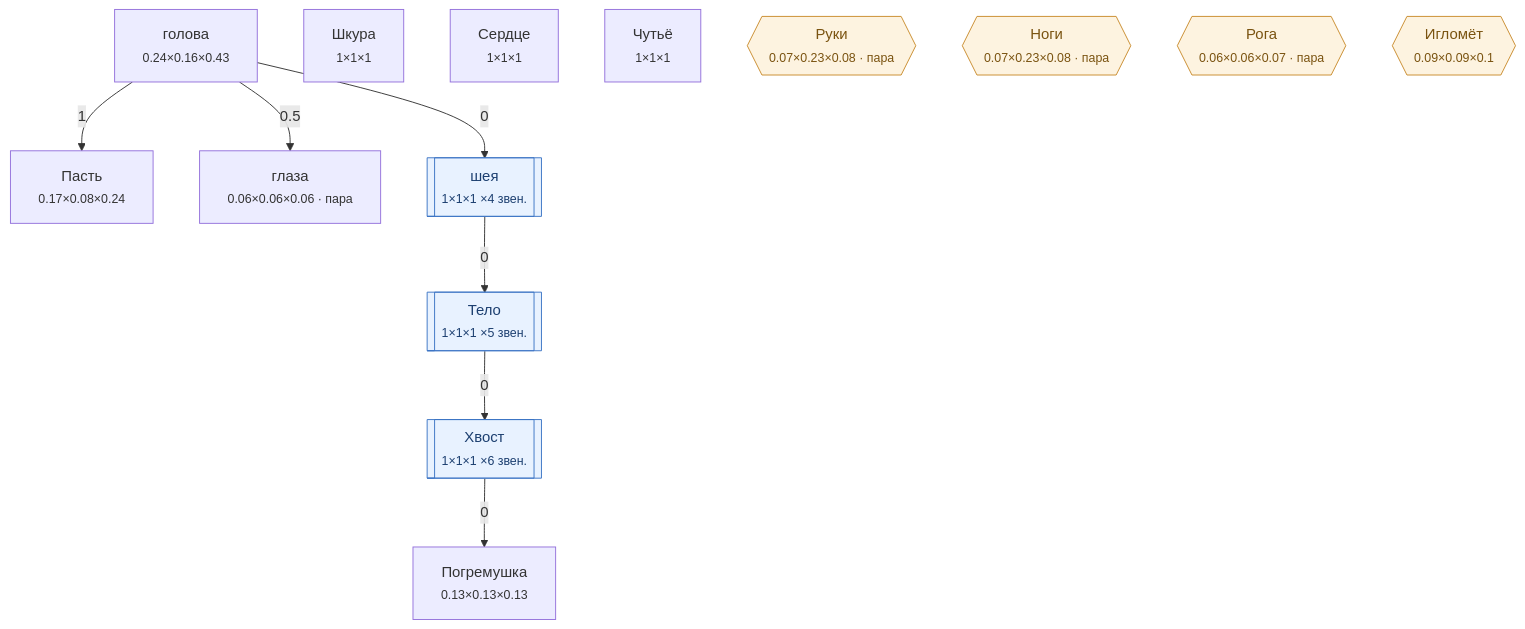
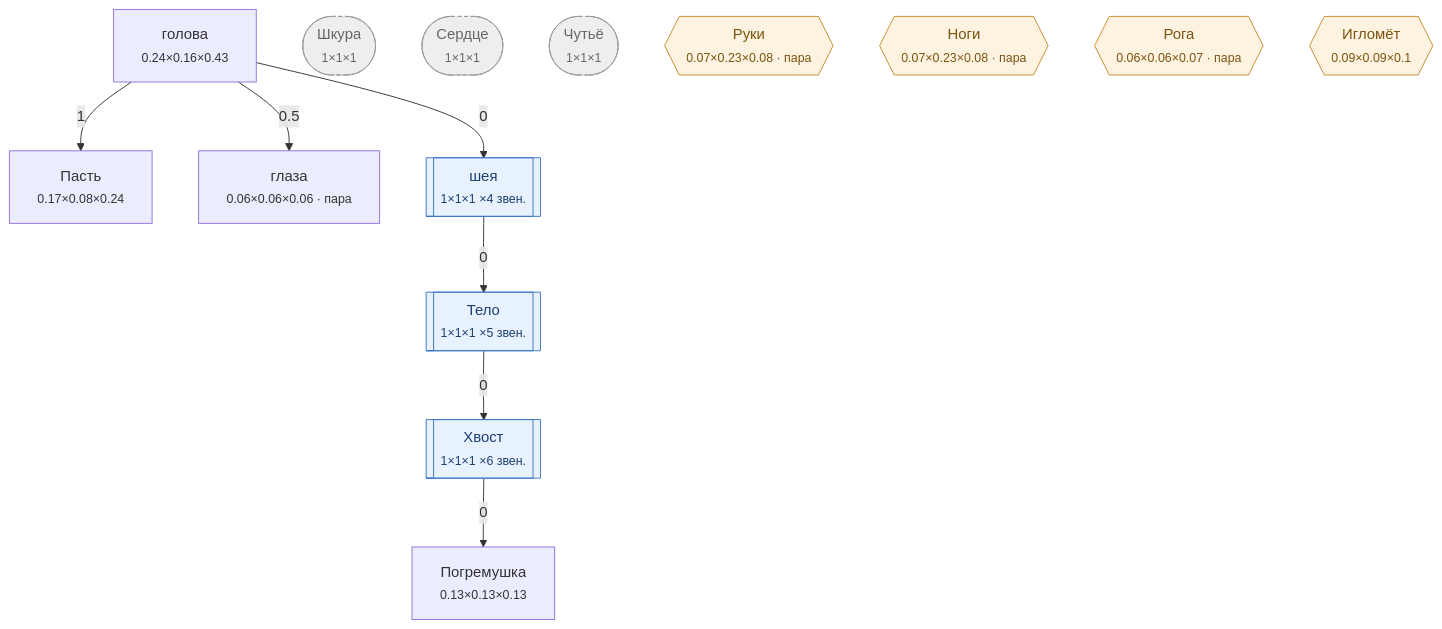
Before and after one commit to darklordshish/ChimeraEvolution-2026-06-26_15-29-59: the diagram in Docs/Диаграммы/Змея.md, drawn with Mermaid. The commit also changed other lines of this file and 10 other files, not shown here.

````diff
--- a/Docs/Диаграммы/Змея.md
+++ b/Docs/Диаграммы/Змея.md
@@ -22,30 +22,31 @@
 ```mermaid
 flowchart TD
     n0["голова<br/><small>0.24×0.16×0.43</small>"]
     n1["Пасть<br/><small>0.17×0.08×0.24</small>"]
     n2["глаза<br/><small>0.06×0.06×0.06 · пара</small>"]
     n3[["шея<br/><small>1×1×1 ×4 звен.</small>"]]
     n4[["Тело<br/><small>1×1×1 ×5 звен.</small>"]]
     n5[["Хвост<br/><small>1×1×1 ×6 звен.</small>"]]
     n6["Погремушка<br/><small>0.13×0.13×0.13</small>"]
-    n7["Шкура<br/><small>1×1×1</small>"]
-    n8["Сердце<br/><small>1×1×1</small>"]
-    n9["Чутьё<br/><small>1×1×1</small>"]
+    n7(["Шкура<br/><small>1×1×1</small>"])
+    n8(["Сердце<br/><small>1×1×1</small>"])
+    n9(["Чутьё<br/><small>1×1×1</small>"])
     n10{{"Руки<br/><small>0.07×0.23×0.08 · пара</small>"}}
     n11{{"Ноги<br/><small>0.07×0.23×0.08 · пара</small>"}}
     n12{{"Рога<br/><small>0.06×0.06×0.07 · пара</small>"}}
     n13{{"Игломёт<br/><small>0.09×0.09×0.1</small>"}}
 
     n0 -->|1| n1
     n0 -->|0.5| n2
     n0 -->|0| n3
     n3 -->|0| n4
     n4 -->|0| n5
     n5 -->|0| n6
 
     classDef hid fill:#eee,stroke:#999,stroke-dasharray:4 3,color:#666
     classDef gr fill:#fdf3e0,stroke:#c98a2b,color:#7a5310
     classDef ch fill:#e8f2ff,stroke:#3b74c4,color:#1c3f70
+    class n7,n8,n9 hid
     class n10,n11,n12,n13 gr
     class n3,n4,n5 ch
 ```
````
